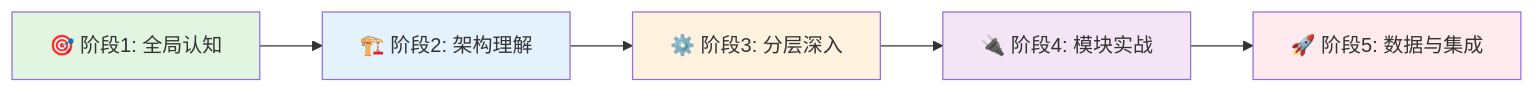
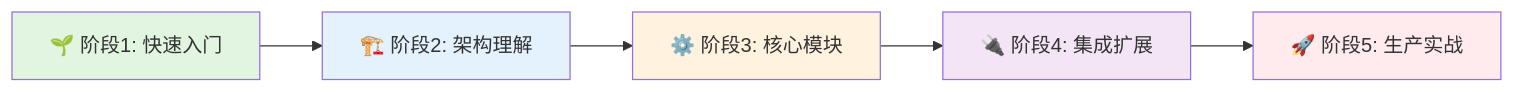
The first of 4 diagrams in fastgpt-anylisis/fastgpt-learning-map.md (evilstar2016/awesome-dify-analysis), drawn with Mermaid before and after one commit. The commit also changed other lines of this file and 2 other files, not shown here.

````diff
--- a/fastgpt-anylisis/fastgpt-learning-map.md
+++ b/fastgpt-anylisis/fastgpt-learning-map.md
@@ -19,13 +14,13 @@
 ```mermaid
 graph LR
-    A[🎯 阶段1: 全局认知] --> B[🏗️ 阶段2: 架构理解]
-    B --> C[⚙️ 阶段3: 分层深入]
-    C --> D[🔌 阶段4: 模块实战]
-    D --> E[🚀 阶段5: 数据与集成]
-    
+    A[🌱 阶段1: 快速入门] --> B[🏗️ 阶段2: 架构理解]
+    B --> C[⚙️ 阶段3: 核心模块]
+    C --> D[🔌 阶段4: 集成扩展]
+    D --> E[🚀 阶段5: 生产实战]
+
     style A fill:#e1f5e1
     style B fill:#e3f2fd
     style C fill:#fff3e0
     style D fill:#f3e5f5
     style E fill:#ffebee
 ```
````
